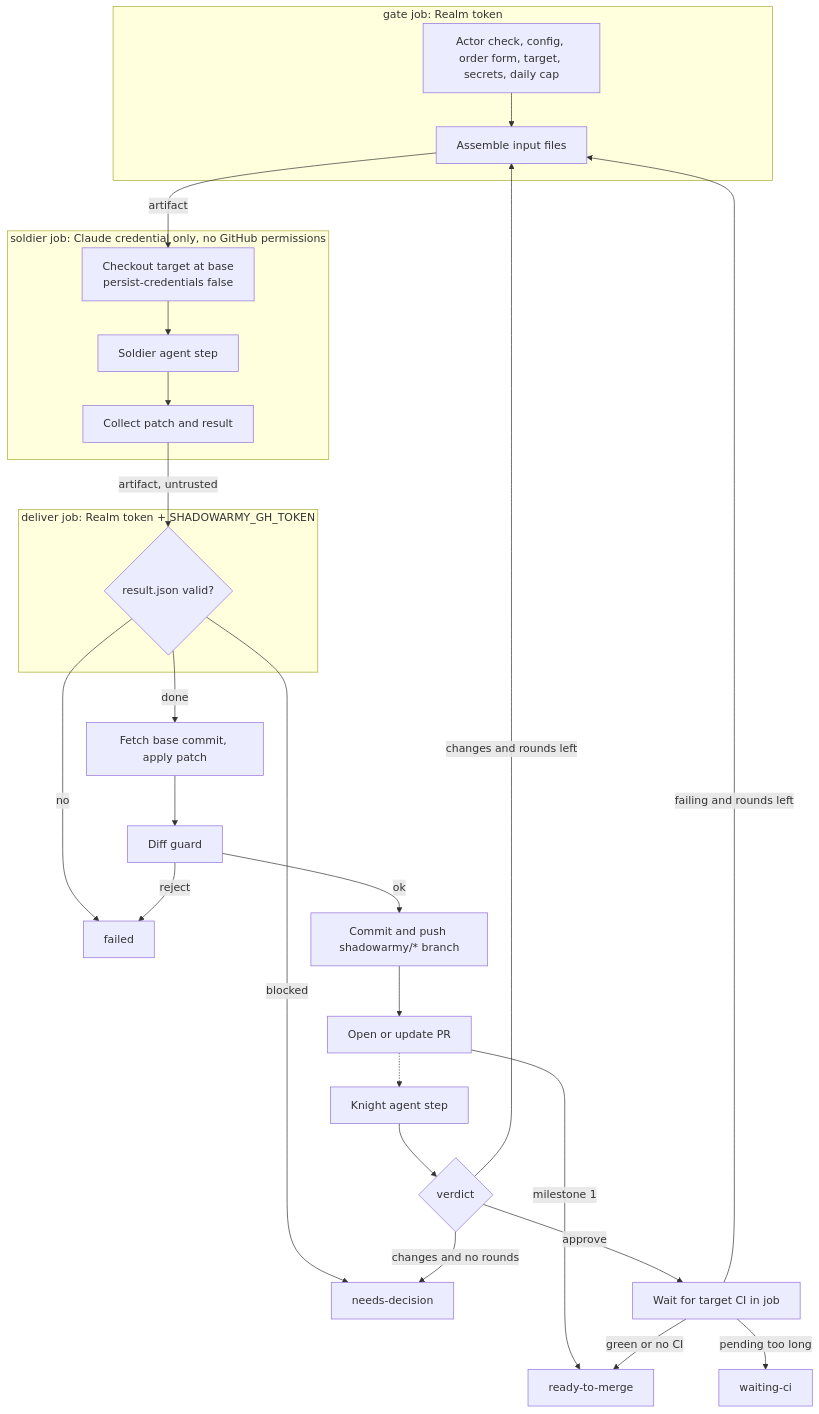
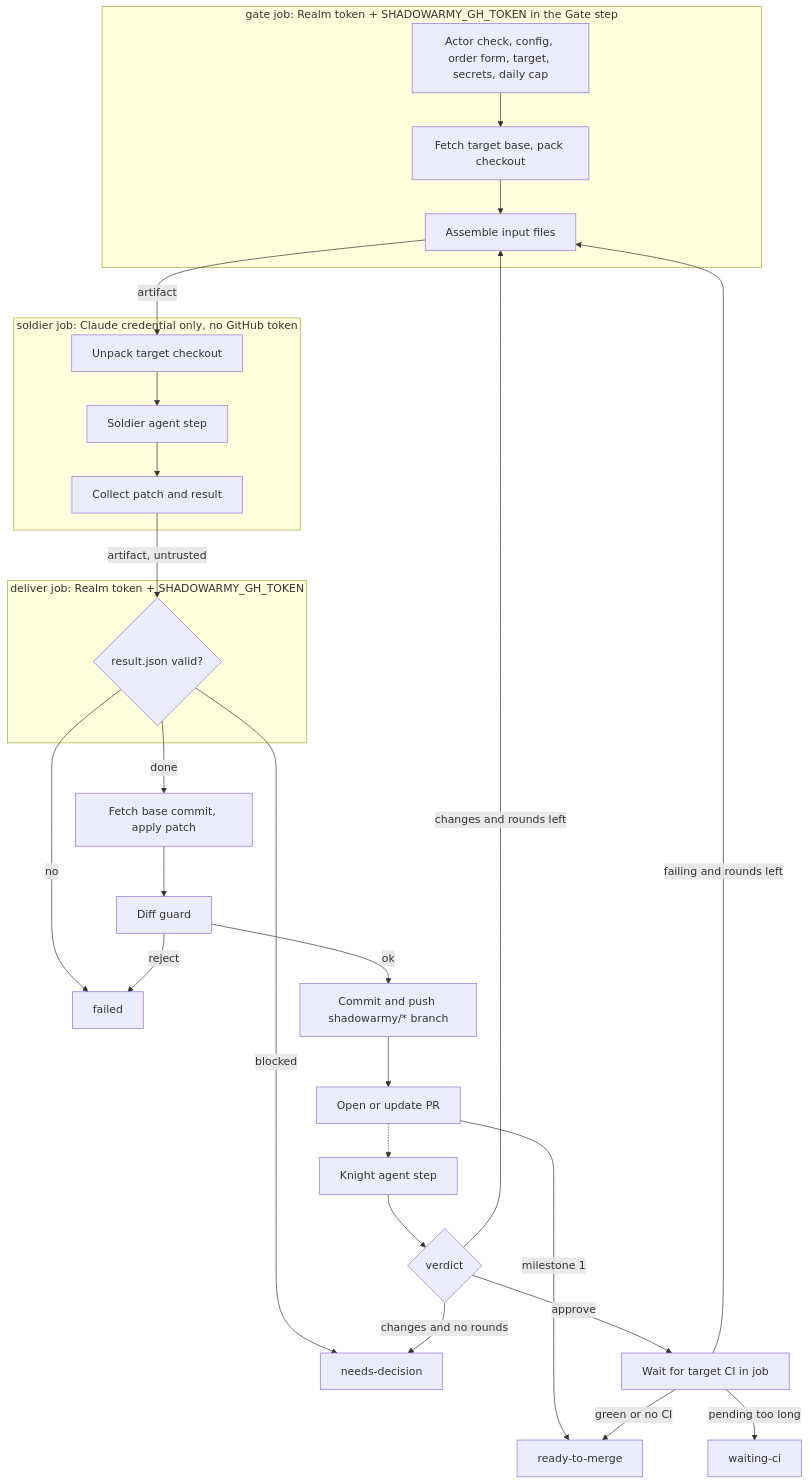
One commit to Vrajesh-works/shadowarmy changed the second of 2 diagrams in functional-diagrams/architecture.md. Above: the diagram before and after it, drawn with Mermaid. The commit also changed other lines of this file and 14 other files, not shown here.

Commit message:
no-mistakes(review): Keep write token out of soldier job, fix gate edges

````diff
--- a/functional-diagrams/architecture.md
+++ b/functional-diagrams/architecture.md
@@ -86,31 +86,32 @@
 ```mermaid
 flowchart TB
-  subgraph gate[gate job: Realm token]
-    A[Actor check, config, order form, target, secrets, daily cap] --> C[Assemble input files]
+  subgraph gate[gate job: Realm token + SHADOWARMY_GH_TOKEN in the Gate step]
+    A[Actor check, config, order form, target, secrets, daily cap] --> T[Fetch target base, pack checkout]
+    T --> C[Assemble input files]
   end
-  subgraph soldier[soldier job: Claude credential only, no GitHub permissions]
-    B[Checkout target at base<br/>persist-credentials false] --> D[Soldier agent step]
+  subgraph soldier[soldier job: Claude credential only, no GitHub token]
+    B[Unpack target checkout] --> D[Soldier agent step]
     D --> P[Collect patch and result]
   end
   subgraph deliver[deliver job: Realm token + SHADOWARMY_GH_TOKEN]
     E{result.json valid?}
   end
   C -- artifact --> B
   P -- artifact, untrusted --> E
   E -- no --> F[failed]
   E -- blocked --> G[needs-decision]
   E -- done --> R[Fetch base commit, apply patch]
   R --> H[Diff guard]
   H -- reject --> F
   H -- ok --> I[Commit and push shadowarmy/* branch]
   I --> J[Open or update PR]
   J -- milestone 1 --> O
   J -.-> K[Knight agent step]
   K --> L{verdict}
   L -- changes and rounds left --> C
   L -- changes and no rounds --> G
   L -- approve --> M[Wait for target CI in job]
   M -- failing and rounds left --> C
   M -- pending too long --> N[waiting-ci]
   M -- green or no CI --> O[ready-to-merge]
 ```
````
